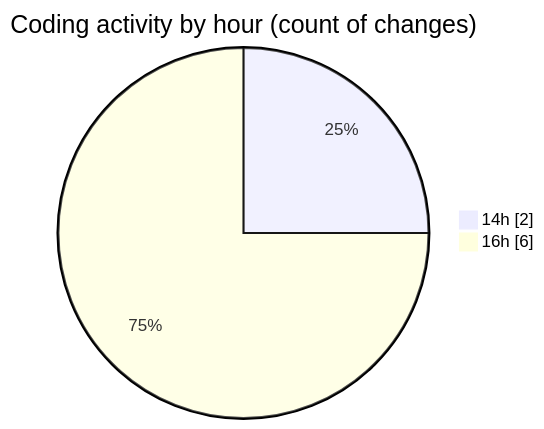
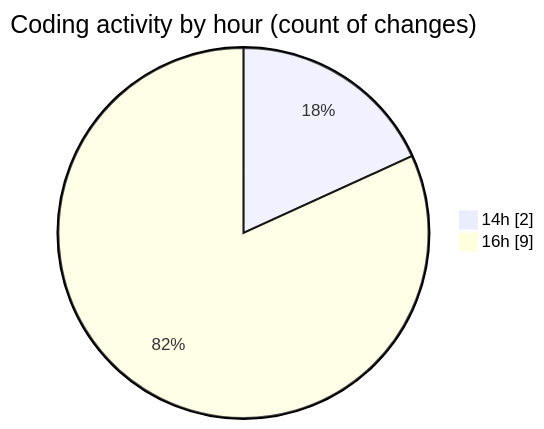
Before and after one commit to Ritupan-Deka/code-tracking: the second of 2 diagrams in 2025-06-18/scopesketch-app/README.md, drawn with Mermaid. The commit also changed other lines of this file and 1 other file, not shown here.

````diff
--- a/2025-06-18/scopesketch-app/README.md
+++ b/2025-06-18/scopesketch-app/README.md
@@ -37,6 +39,6 @@
 ```mermaid
 pie showData
 title Coding activity by hour (count of changes)
 "14h" : 2
-"16h" : 6
+"16h" : 9
 ```
````
